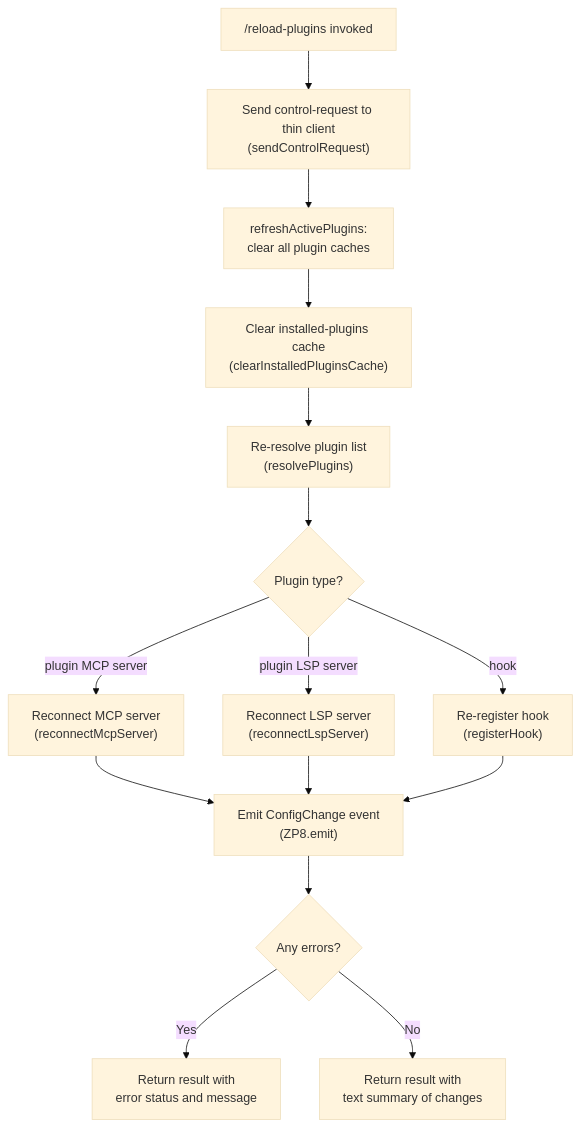
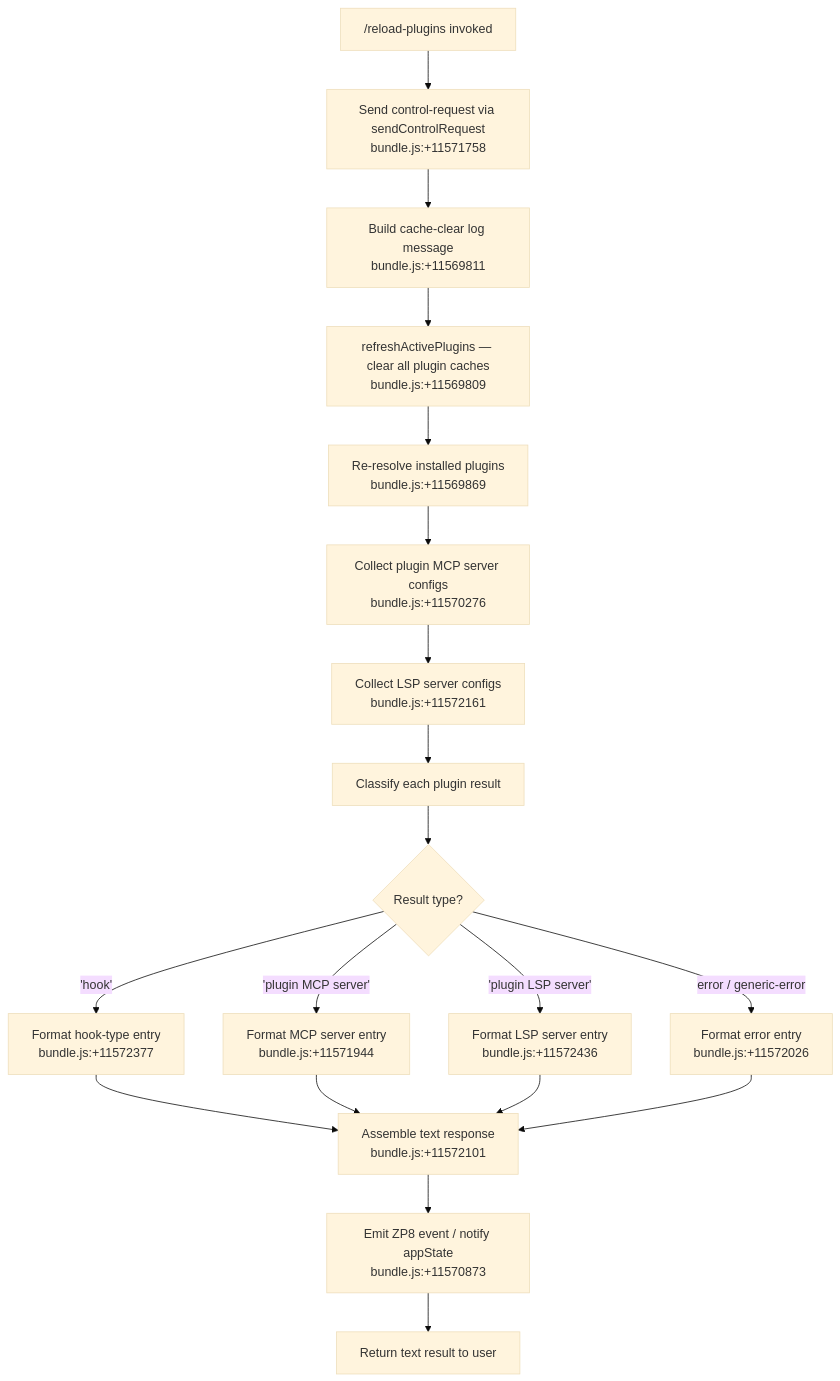
The diagram in versions/v2.1.143/reload-plugins.md (MyLittleLuckyDog/cc-gnothi), drawn with Mermaid (base theme) before and after one commit. The commit also changed other lines of this file and 483 other files, not shown here.

````diff
--- a/versions/v2.1.143/reload-plugins.md
+++ b/versions/v2.1.143/reload-plugins.md
@@ -47,17 +56,21 @@
 ```mermaid
 flowchart TD
-    A["/reload-plugins invoked"] --> B["Send control-request to thin client\n(sendControlRequest)"]
-    B --> C["refreshActivePlugins:\nclear all plugin caches"]
-    C --> D["Clear installed-plugins cache\n(clearInstalledPluginsCache)"]
-    D --> E["Re-resolve plugin list\n(resolvePlugins)"]
-    E --> F{Plugin type?}
-    F -->|"plugin MCP server"| G["Reconnect MCP server\n(reconnectMcpServer)"]
-    F -->|"plugin LSP server"| H["Reconnect LSP server\n(reconnectLspServer)"]
-    F -->|"hook"| I["Re-register hook\n(registerHook)"]
-    G --> J["Emit ConfigChange event\n(ZP8.emit)"]
-    H --> J
-    I --> J
-    J --> K{Any errors?}
-    K -->|"Yes"| L["Return result with\nerror status and message"]
-    K -->|"No"| M["Return result with\ntext summary of changes"]
+    A["/reload-plugins invoked"] --> B["Send control-request via sendControlRequest\nbundle.js:+11571758"]
+    B --> C["Build cache-clear log message\nbundle.js:+11569811"]
+    C --> D["refreshActivePlugins — clear all plugin caches\nbundle.js:+11569809"]
+    D --> E["Re-resolve installed plugins\nbundle.js:+11569869"]
+    E --> F["Collect plugin MCP server configs\nbundle.js:+11570276"]
+    F --> G["Collect LSP server configs\nbundle.js:+11572161"]
+    G --> H["Classify each plugin result"]
+    H --> I{"Result type?"}
+    I -->|"'hook'" | J["Format hook-type entry\nbundle.js:+11572377"]
+    I -->|"'plugin MCP server'" | K["Format MCP server entry\nbundle.js:+11571944"]
+    I -->|"'plugin LSP server'" | L["Format LSP server entry\nbundle.js:+11572436"]
+    I -->|"error / generic-error" | M["Format error entry\nbundle.js:+11572026"]
+    J --> N["Assemble text response\nbundle.js:+11572101"]
+    K --> N
+    L --> N
+    M --> N
+    N --> O["Emit ZP8 event / notify appState\nbundle.js:+11570873"]
+    O --> P["Return text result to user"]
 ```
````
